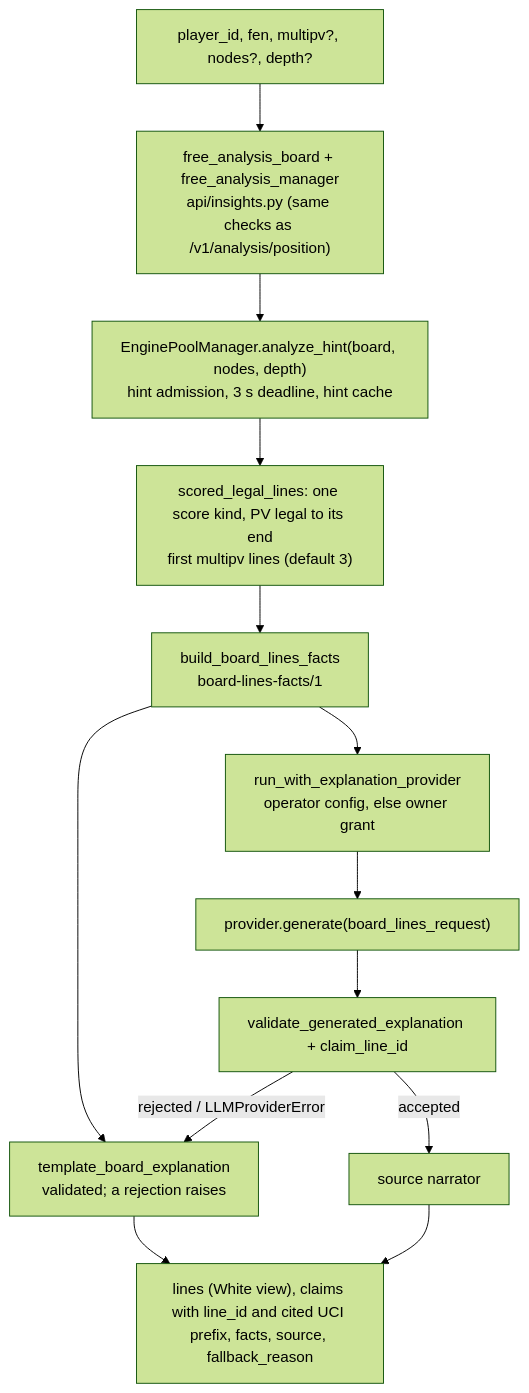
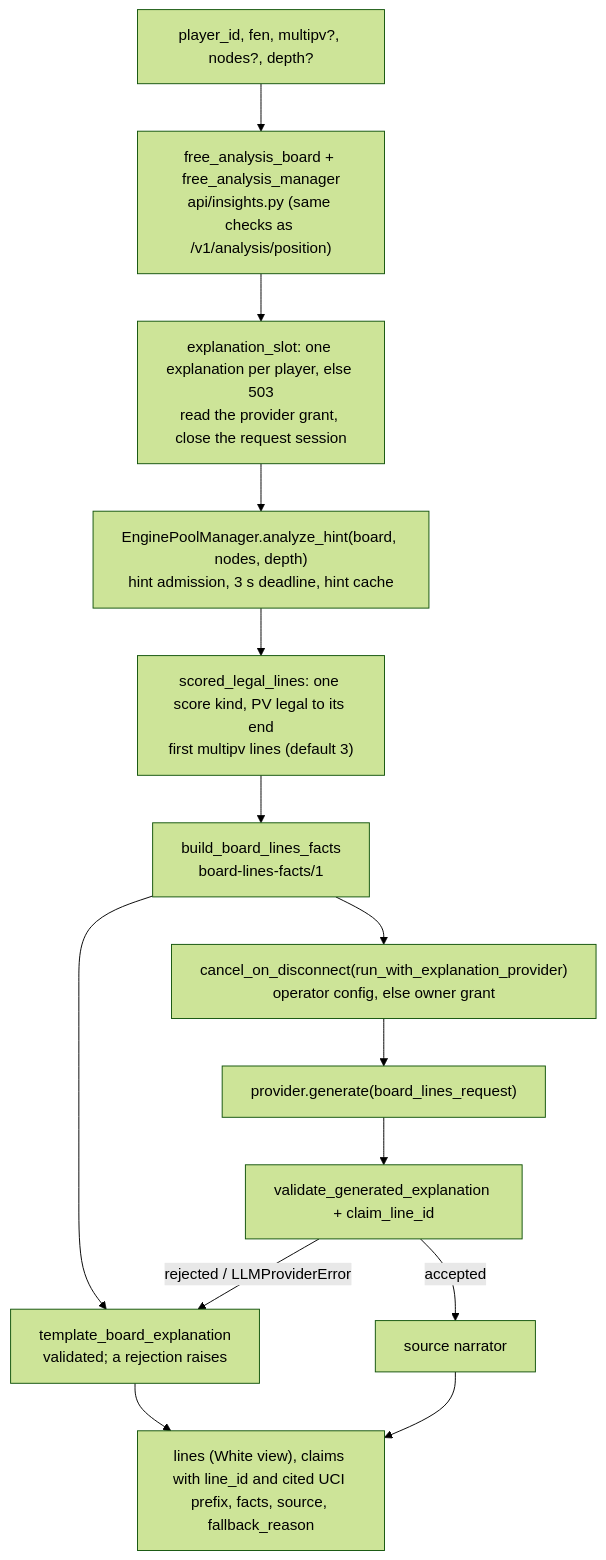
One commit to Mathews-Tom/Scan64 changed the second of 2 diagrams in docs/narrator-pipeline.md. Above: the diagram before and after it, drawn with Mermaid (forest theme). The commit also changed other lines of this file and 1 other file, not shown here.

Commit message:
docs(narrator): document Analysis Board explanation admission and cancellation
Refs #380

````diff
--- a/docs/narrator-pipeline.md
+++ b/docs/narrator-pipeline.md
@@ -307,15 +307,16 @@
 ```mermaid
 flowchart TD
     REQ["player_id, fen, multipv?, nodes?, depth?"] --> ADM["free_analysis_board + free_analysis_manager<br/>api/insights.py (same checks as /v1/analysis/position)"]
-    ADM --> HINT["EnginePoolManager.analyze_hint(board, nodes, depth)<br/>hint admission, 3 s deadline, hint cache"]
+    ADM --> SLOT["explanation_slot: one explanation per player, else 503<br/>read the provider grant, close the request session"]
+    SLOT --> HINT["EnginePoolManager.analyze_hint(board, nodes, depth)<br/>hint admission, 3 s deadline, hint cache"]
     HINT --> SL["scored_legal_lines: one score kind, PV legal to its end<br/>first multipv lines (default 3)"]
     SL --> BF["build_board_lines_facts<br/>board-lines-facts/1"]
     BF --> TPL["template_board_explanation<br/>validated; a rejection raises"]
-    BF --> RUN["run_with_explanation_provider<br/>operator config, else owner grant"]
+    BF --> RUN["cancel_on_disconnect(run_with_explanation_provider)<br/>operator config, else owner grant"]
     RUN --> GEN["provider.generate(board_lines_request)"]
     GEN --> VAL["validate_generated_explanation + claim_line_id"]
     VAL -->|"accepted"| NAR["source narrator"]
     VAL -->|"rejected / LLMProviderError"| TPL
     TPL --> RESP["lines (White view), claims with line_id and cited UCI prefix, facts, source, fallback_reason"]
     NAR --> RESP
 ```
````
